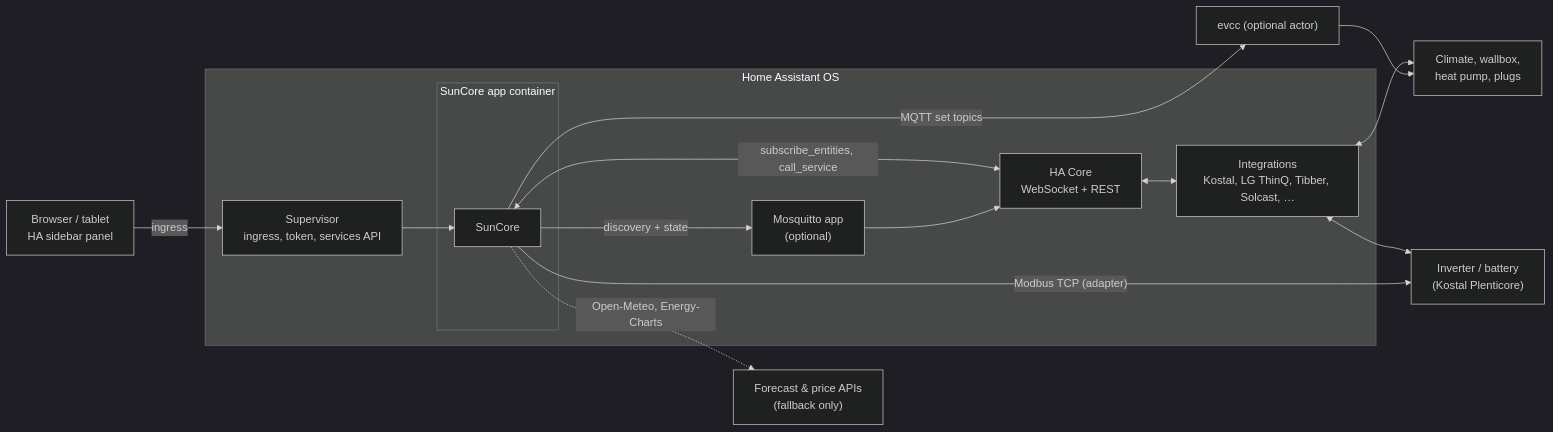
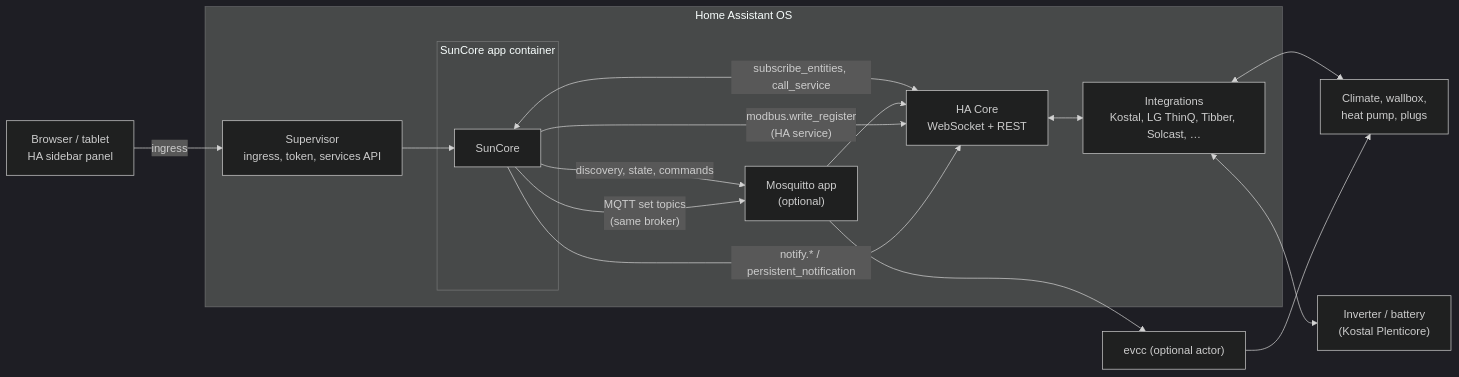
The first of 9 diagrams in docs/architecture.md (PXLJAKE/SunCore), drawn with Mermaid (dark theme) before and after one commit. The commit also changed other lines of this file and 25 other files, not shown here.

First line of the commit message:
docs: Phase 6 user guides, architecture, STATUS and acceptance table (WP14)

````diff
--- a/docs/architecture.md
+++ b/docs/architecture.md
@@ -13,26 +14,26 @@
 ```mermaid
 flowchart LR
     subgraph HA["Home Assistant OS"]
         Core["HA Core<br/>WebSocket + REST"]
         Supervisor["Supervisor<br/>ingress, token, services API"]
         MQTT["Mosquitto app<br/>(optional)"]
         Integrations["Integrations<br/>Kostal, LG ThinQ, Tibber, Solcast, …"]
         subgraph App["SunCore app container"]
             SunCore["SunCore"]
         end
     end
     Browser["Browser / tablet<br/>HA sidebar panel"]
     Inverter["Inverter / battery<br/>(Kostal Plenticore)"]
     Devices["Climate, wallbox,<br/>heat pump, plugs"]
     evcc["evcc (optional actor)"]
-    Cloud["Forecast & price APIs<br/>(fallback only)"]
 
     Browser -- ingress --> Supervisor --> SunCore
     SunCore <-- "subscribe_entities, call_service" --> Core
     Core <--> Integrations <--> Devices
     Integrations <--> Inverter
-    SunCore -- "discovery + state" --> MQTT --> Core
-    SunCore -- "Modbus TCP (adapter)" --> Inverter
-    SunCore -- "MQTT set topics" --> evcc --> Devices
-    SunCore -. "Open-Meteo, Energy-Charts" .-> Cloud
+    SunCore -- "discovery, state, commands" --> MQTT --> Core
+    SunCore -- "modbus.write_register<br/>(HA service)" --> Core
+    SunCore -- "MQTT set topics<br/>(same broker)" --> MQTT
+    MQTT --> evcc --> Devices
+    SunCore -- "notify.* / persistent_notification" --> Core
 ```
````
